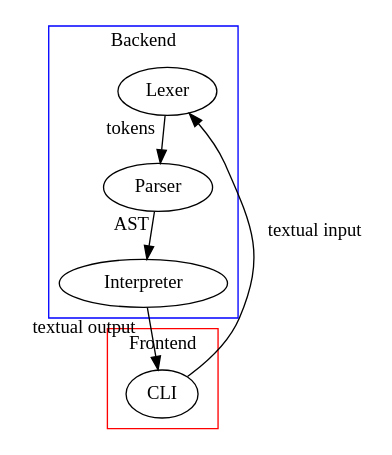
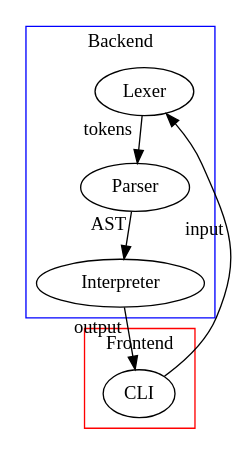
One commit to norepimorphism/imp changed the diagram in docs/backend-model.dot. Above: the diagram before and after it, drawn with Graphviz. The commit also changed 2 other files, not shown here.

Commit message:
Add script to generate DOT graphs

```diff
--- a/docs/backend-model.dot
+++ b/docs/backend-model.dot
@@ -1,22 +1,22 @@
 digraph {
     overlap=scale;
 
     subgraph cluster_0 {
         label="Frontend";
         color=red;
         a [label="CLI"];
     }
 
     subgraph cluster_1 {
         label="Backend";
         color=blue;
         b [label="Lexer"];
         c [label="Parser"];
         d [label="Interpreter"];
     }
 
-    a -> b [xlabel="textual input"];
+    a -> b [xlabel="input"];
     b -> c [xlabel="tokens"];
     c -> d [xlabel="AST"];
-    d -> a [xlabel="textual output"];
+    d -> a [xlabel="output"];
 }
```
